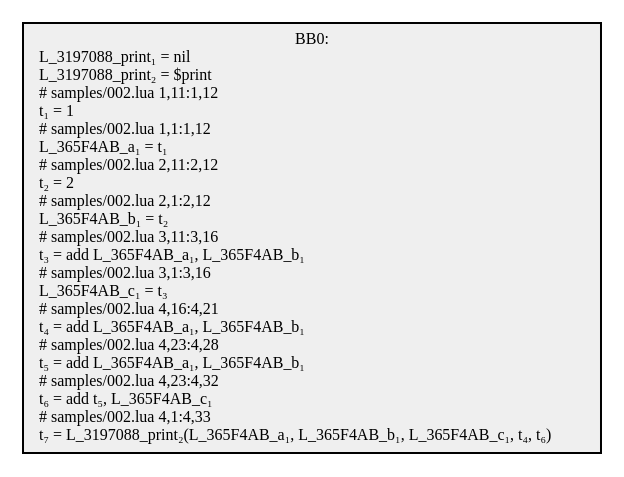
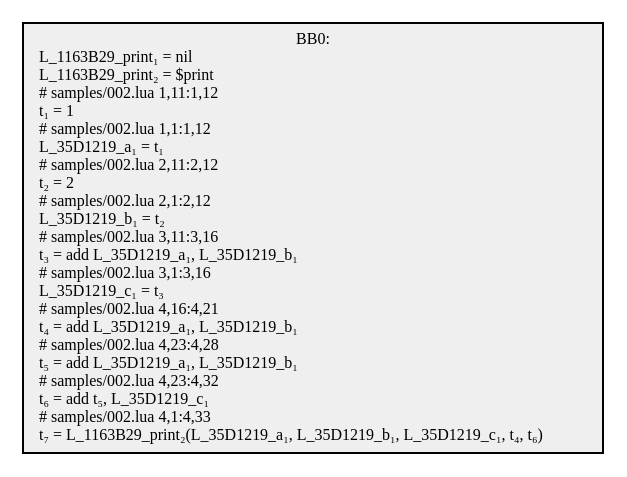
One commit to GGG-KILLER/SimpleCompiler changed the diagram in src/SimpleCompiler.Cli/samples/obj/002.1.dot. Above: the diagram before and after it, drawn with Graphviz. The commit also changed 26 other files, not shown here.

```diff
--- a/src/SimpleCompiler.Cli/samples/obj/002.1.dot
+++ b/src/SimpleCompiler.Cli/samples/obj/002.1.dot
@@ -1,5 +1,5 @@
 digraph {
   node[shape=box style=filled fontsize=8 fontname="Cascadia Code" fillcolor="#efefef"];
-  BB0 [label="BB0:\nL_3197088_print₁ = nil\lL_3197088_print₂ = $print\l# samples/002.lua 1,11:1,12\lt₁ = 1\l# samples/002.lua 1,1:1,12\lL_365F4AB_a₁ = t₁\l# samples/002.lua 2,11:2,12\lt₂ = 2\l# samples/002.lua 2,1:2,12\lL_365F4AB_b₁ = t₂\l# samples/002.lua 3,11:3,16\lt₃ = add L_365F4AB_a₁, L_365F4AB_b₁\l# samples/002.lua 3,1:3,16\lL_365F4AB_c₁ = t₃\l# samples/002.lua 4,16:4,21\lt₄ = add L_365F4AB_a₁, L_365F4AB_b₁\l# samples/002.lua 4,23:4,28\lt₅ = add L_365F4AB_a₁, L_365F4AB_b₁\l# samples/002.lua 4,23:4,32\lt₆ = add t₅, L_365F4AB_c₁\l# samples/002.lua 4,1:4,33\lt₇ = L_3197088_print₂(L_365F4AB_a₁, L_365F4AB_b₁, L_365F4AB_c₁, t₄, t₆)\l"];
+  BB0 [label="BB0:\nL_1163B29_print₁ = nil\lL_1163B29_print₂ = $print\l# samples/002.lua 1,11:1,12\lt₁ = 1\l# samples/002.lua 1,1:1,12\lL_35D1219_a₁ = t₁\l# samples/002.lua 2,11:2,12\lt₂ = 2\l# samples/002.lua 2,1:2,12\lL_35D1219_b₁ = t₂\l# samples/002.lua 3,11:3,16\lt₃ = add L_35D1219_a₁, L_35D1219_b₁\l# samples/002.lua 3,1:3,16\lL_35D1219_c₁ = t₃\l# samples/002.lua 4,16:4,21\lt₄ = add L_35D1219_a₁, L_35D1219_b₁\l# samples/002.lua 4,23:4,28\lt₅ = add L_35D1219_a₁, L_35D1219_b₁\l# samples/002.lua 4,23:4,32\lt₆ = add t₅, L_35D1219_c₁\l# samples/002.lua 4,1:4,33\lt₇ = L_1163B29_print₂(L_35D1219_a₁, L_35D1219_b₁, L_35D1219_c₁, t₄, t₆)\l"];
 
 }
```
